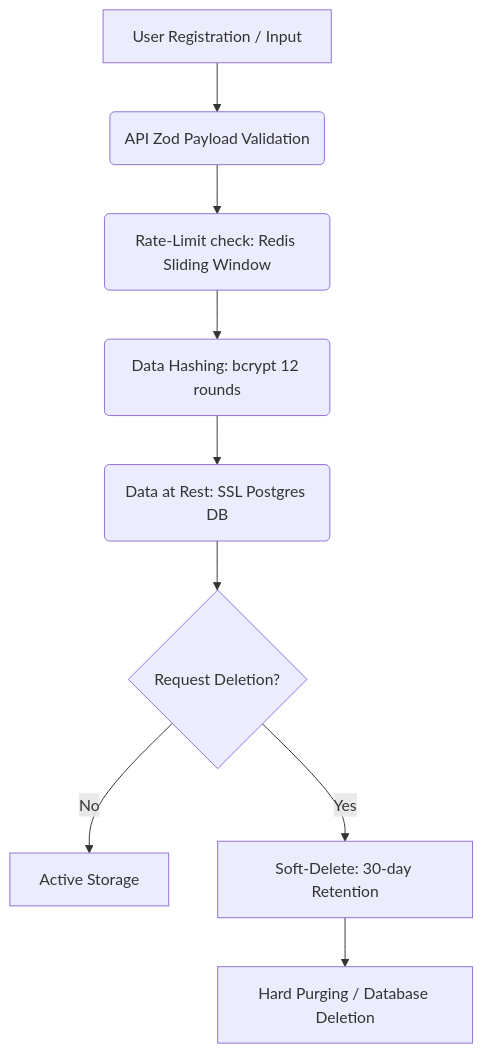
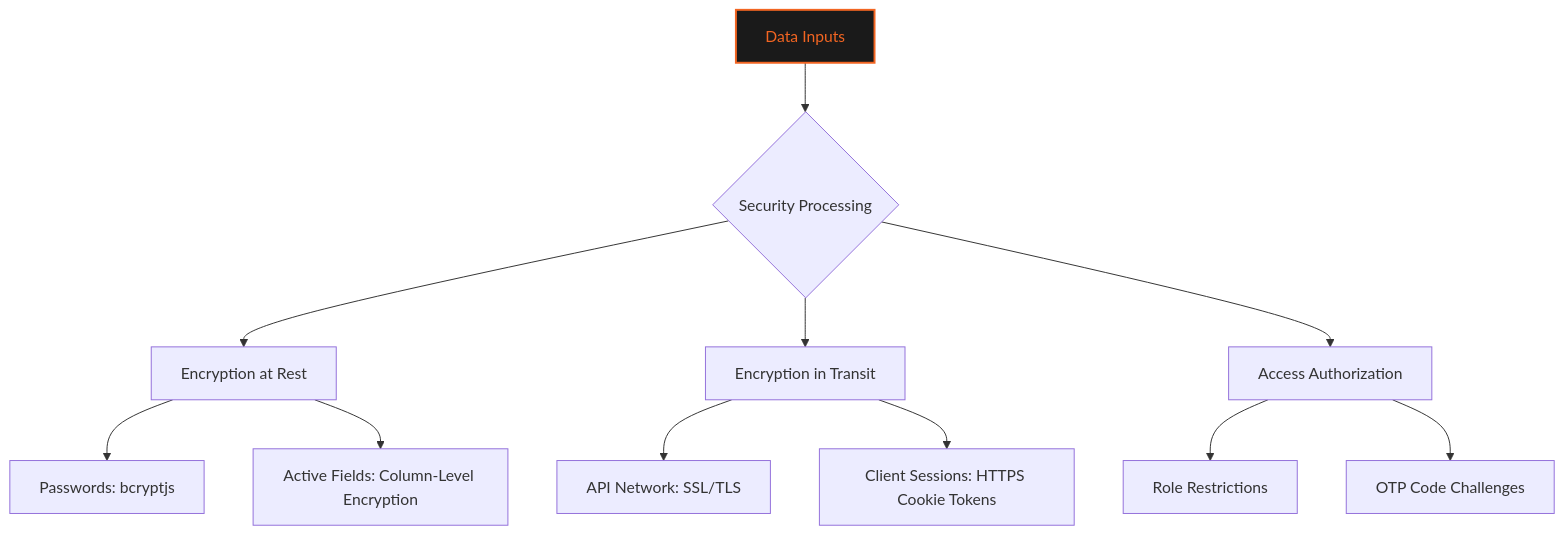
The first of 3 diagrams in docs/compliance_policy.md (Eternalcodertanishq3/Advanced-Gym-Portal), drawn with Mermaid before and after one commit. The commit also changed other lines of this file and 9 other files, not shown here.

Commit message:
docs: expand remaining docs to exceed 300 lines each with Mermaid system flowcharts

````diff
--- a/docs/compliance_policy.md
+++ b/docs/compliance_policy.md
@@ -11,11 +32,18 @@
 ```mermaid
 graph TD
-    A[User Registration / Input] --> B(API Zod Payload Validation)
-    B --> C(Rate-Limit check: Redis Sliding Window)
-    C --> D(Data Hashing: bcrypt 12 rounds)
-    D --> E(Data at Rest: SSL Postgres DB)
-    E --> F{Request Deletion?}
-    F -- No --> G[Active Storage]
-    F -- Yes --> H[Soft-Delete: 30-day Retention]
-    H --> I[Hard Purging / Database Deletion]
+    A[Data Inputs] --> B{Security Processing}
+    B --> C[Encryption at Rest]
+    B --> D[Encryption in Transit]
+    B --> E[Access Authorization]
+    
+    C --> C1[Passwords: bcryptjs]
+    C --> C2[Active Fields: Column-Level Encryption]
+    
+    D --> D1[API Network: SSL/TLS]
+    D --> D2[Client Sessions: HTTPS Cookie Tokens]
+    
+    E --> E1[Role Restrictions]
+    E --> E2[OTP Code Challenges]
+    
+    style A fill:#1A1A1A,stroke:#F26522,stroke-width:2px,color:#F26522
 ```
````
